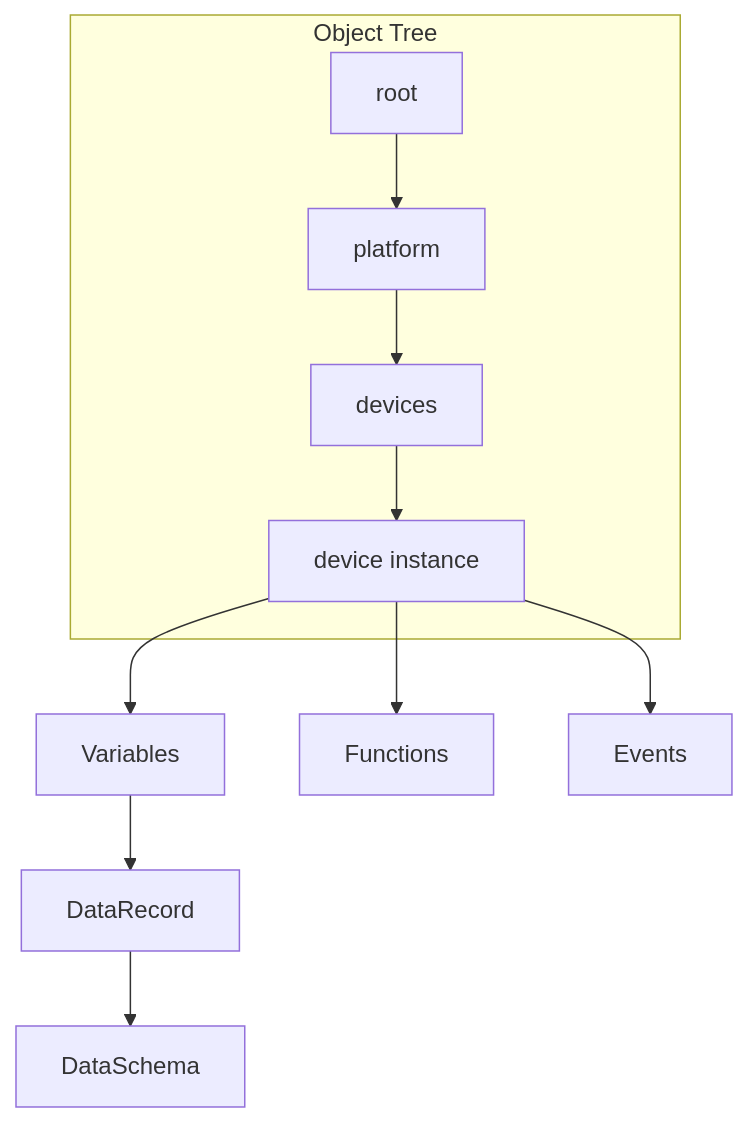
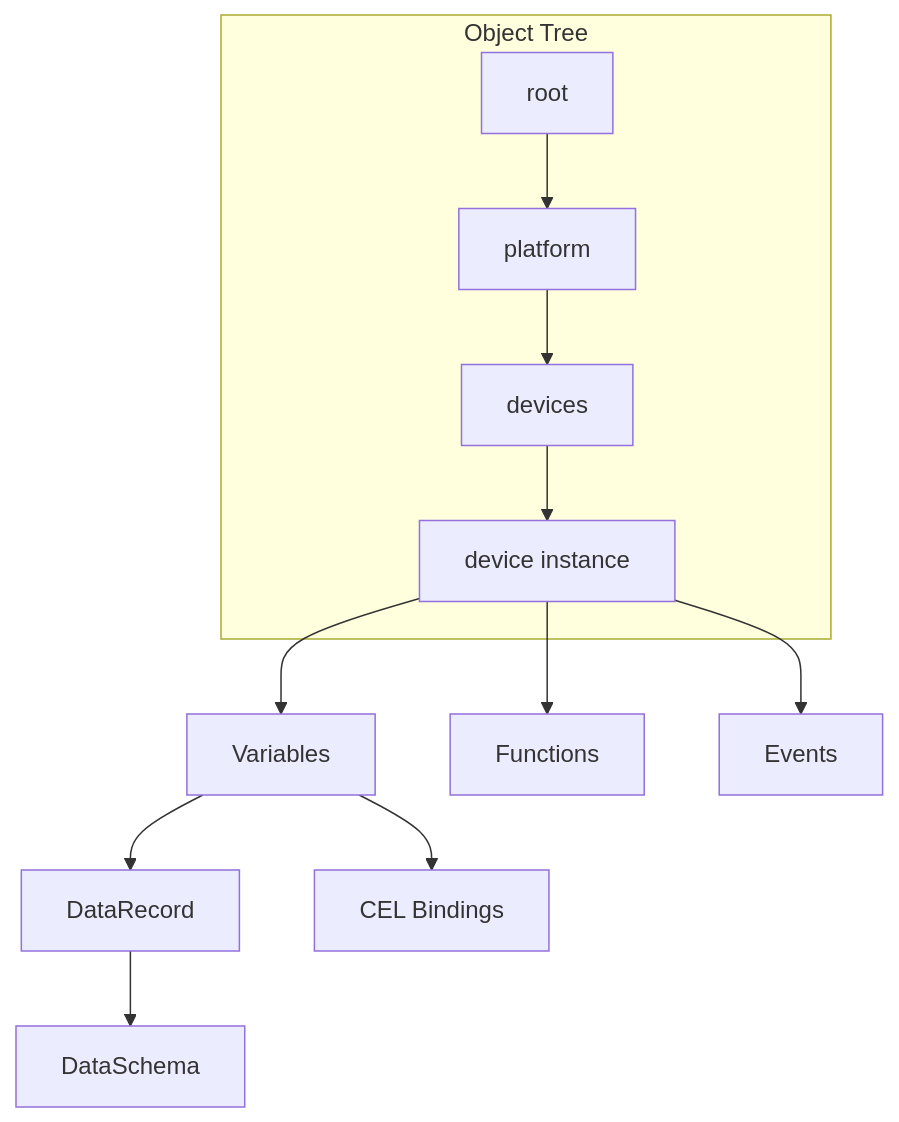
Before and after one commit to iot-solutions-ru/ispf: the diagram in docs/ARCHITECTURE.md, drawn with Mermaid. The commit also changed other lines of this file and 14 other files, not shown here.

First line of the commit message:
Add full platform documentation and trim roadmap.

````diff
--- a/docs/ARCHITECTURE.md
+++ b/docs/ARCHITECTURE.md
@@ -9,16 +9,17 @@
 ```mermaid
 graph TB
     subgraph ObjectTree["Object Tree"]
         ROOT[root]
         PLATFORM[platform]
         DEVICES[devices]
         DEVICE[device instance]
         ROOT --> PLATFORM --> DEVICES --> DEVICE
     end
 
     DEVICE --> VARS[Variables]
     DEVICE --> FUNCS[Functions]
     DEVICE --> EVENTS[Events]
     VARS --> DR[DataRecord]
     DR --> SCHEMA[DataSchema]
+    VARS --> CEL[CEL Bindings]
 ```
````
